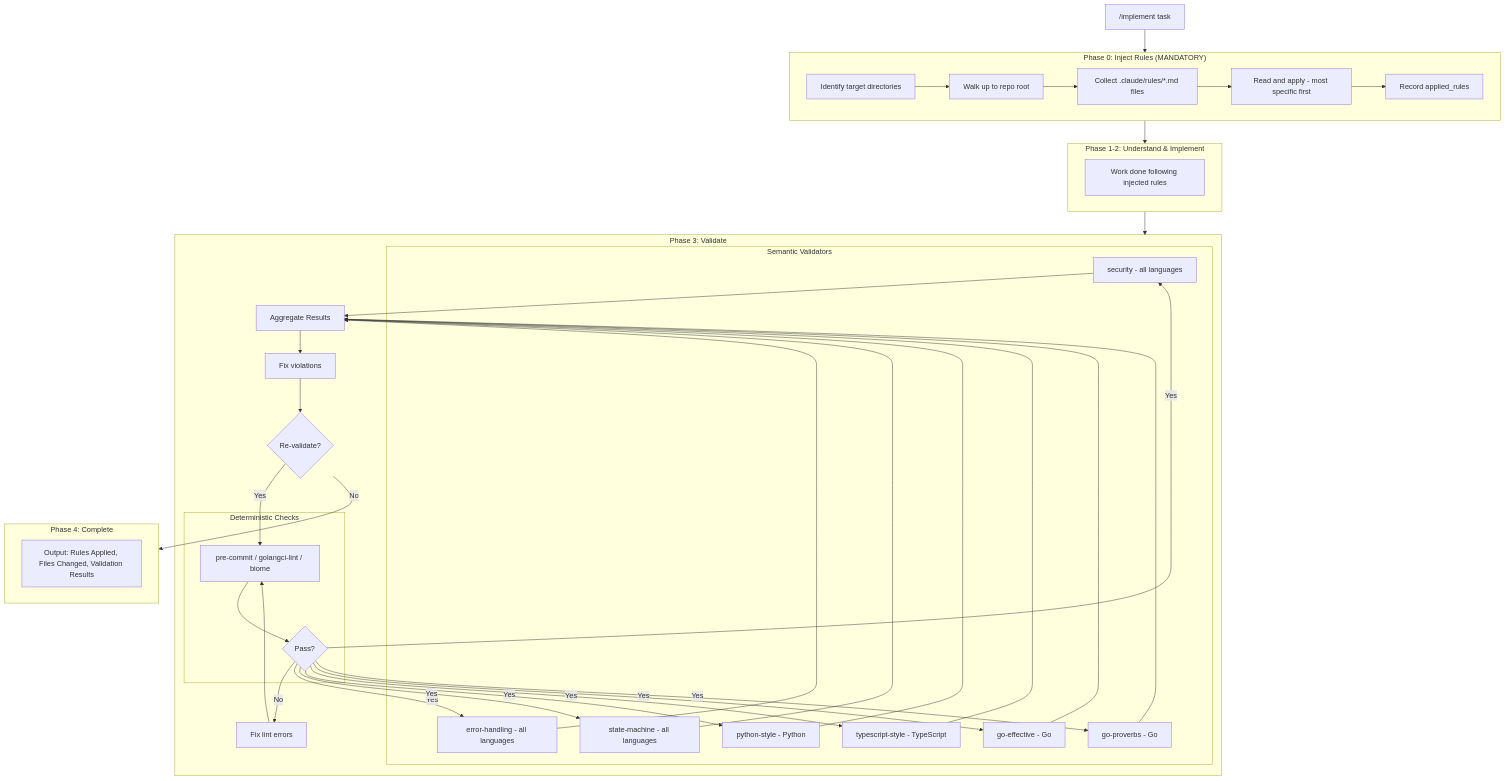
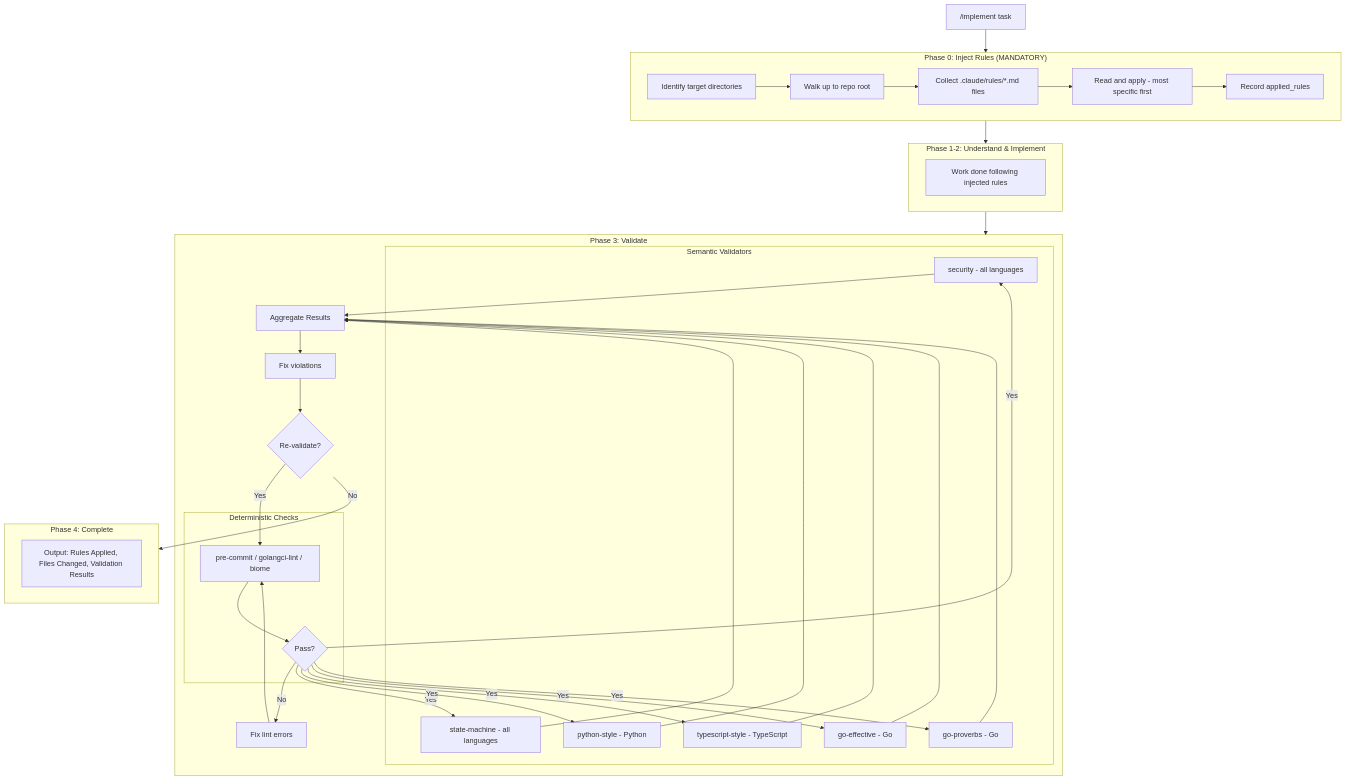
Before and after one commit to peteski22/agent-pragma: the fourth of 7 diagrams in ARCHITECTURE.md, drawn with Mermaid. The commit also changed other lines of this file and 2 other files, not shown here.

First line of the commit message:
Remove non-existent error-handling validator, fix doc accuracy

````diff
--- a/ARCHITECTURE.md
+++ b/ARCHITECTURE.md
@@ -232,54 +229,53 @@
 ```mermaid
 flowchart TD
     subgraph Phase0["Phase 0: Inject Rules (MANDATORY)"]
         P0A[Identify target directories]
         P0B[Walk up to repo root]
         P0C[Collect .claude/rules/*.md files]
         P0D[Read and apply - most specific first]
         P0E[Record applied_rules]
         P0A --> P0B --> P0C --> P0D --> P0E
     end
 
     subgraph Phase12["Phase 1-2: Understand & Implement"]
         P12[Work done following injected rules]
     end
 
     subgraph Phase3["Phase 3: Validate"]
         subgraph Deterministic["Deterministic Checks"]
             Lint[pre-commit / golangci-lint / biome]
             LintFail{Pass?}
             Lint --> LintFail
         end
 
         subgraph Semantic["Semantic Validators"]
             SecVal[security - all languages]
-            ErrVal[error-handling - all languages]
             StmVal[state-machine - all languages]
             PyVal[python-style - Python]
             TSVal[typescript-style - TypeScript]
             GoEff[go-effective - Go]
             GoProv[go-proverbs - Go]
         end
 
         Agg[Aggregate Results]
         Fix[Fix violations]
         ReVal{Re-validate?}
 
         LintFail -->|No| FixLint[Fix lint errors]
         FixLint --> Lint
-        LintFail -->|Yes| SecVal & ErrVal & StmVal & PyVal & TSVal & GoEff & GoProv
-        SecVal & ErrVal & StmVal & PyVal & TSVal & GoEff & GoProv --> Agg
+        LintFail -->|Yes| SecVal & StmVal & PyVal & TSVal & GoEff & GoProv
+        SecVal & StmVal & PyVal & TSVal & GoEff & GoProv --> Agg
         Agg --> Fix
         Fix --> ReVal
         ReVal -->|Yes| Lint
     end
 
     subgraph Phase4["Phase 4: Complete"]
         Output[Output: Rules Applied, Files Changed, Validation Results]
     end
 
     Start["/implement task"] --> Phase0
     Phase0 --> Phase12
     Phase12 --> Phase3
     ReVal -->|No| Phase4
 ```
````
